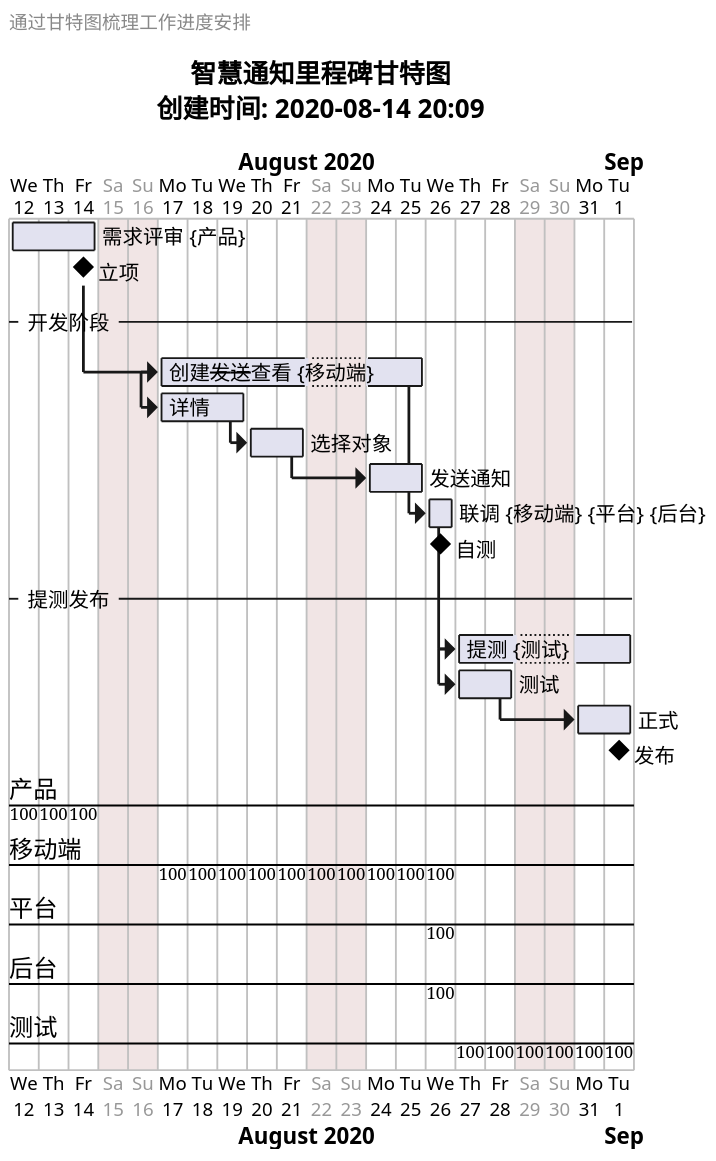
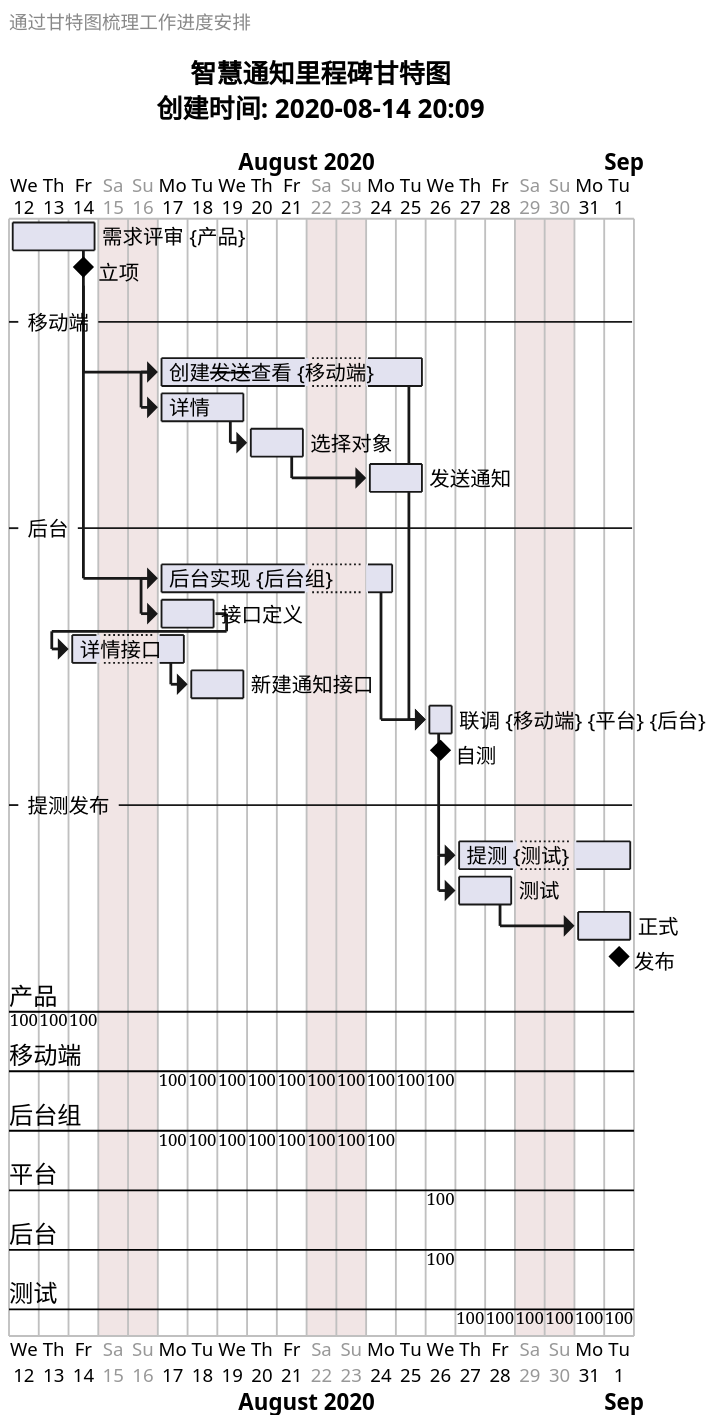
The diagram in uml/zhihuitongzhi/zhtz-gtt.plantuml (iT-Boyer/iDocs), drawn with PlantUML before and after one commit.

```diff
--- a/uml/zhihuitongzhi/zhtz-gtt.plantuml
+++ b/uml/zhihuitongzhi/zhtz-gtt.plantuml
@@ -2,32 +2,43 @@
 @startgantt
 scale 2
 page 1x1
 title
         智慧通知里程碑甘特图
         创建时间: 2020-08-14 20:09
         endtitle
         left header
                 通过甘特图梳理工作进度安排
         endheader
         project starts 2020-08-12
         Sunday are closed
         Saturday are closed
         [需求评审] as [design] on {产品:100%} lasts 3 days
         [立项] happens at [design]'s end
-        --开发阶段--
+        --移动端--
         then [创建--发送--查看] as [develop] on {移动端:100%} lasts 7 days
         [详情] as [detail] lasts 3 days
         [detail] starts at [develop]'s start
         then [选择对象] lasts 2 days
         then [发送通知]  lasts 2 days
+
+        --后台--
+        [后台实现] as [api] on {后台组} lasts 6 days
+        [接口定义] as [define] lasts 2 days
+        then [详情接口] as [detailAPi] lasts 2 days
+        then [新建通知接口] as [newAPI] lasts 2 days
+        design --> api
+        [define] starts at [api]'s start
+
         [联调] as [lt2] on {移动端:100%} {平台} {后台} lasts 1 days
         [lt2] starts at [develop]'s end
+        [lt2] starts at [api]'s end
         [自测] happens at [lt2]'s end
+
         --提测发布--
         [提测] as [test] on {测试:100%} lasts 4 days
         [test] starts at [lt2]'s end
         [测试] as [first] lasts 2 days
         [first] starts at [test]'s start
         then [正式] lasts 2 days
         [发布] happens at [正式]'s end
         @endgantt
```
